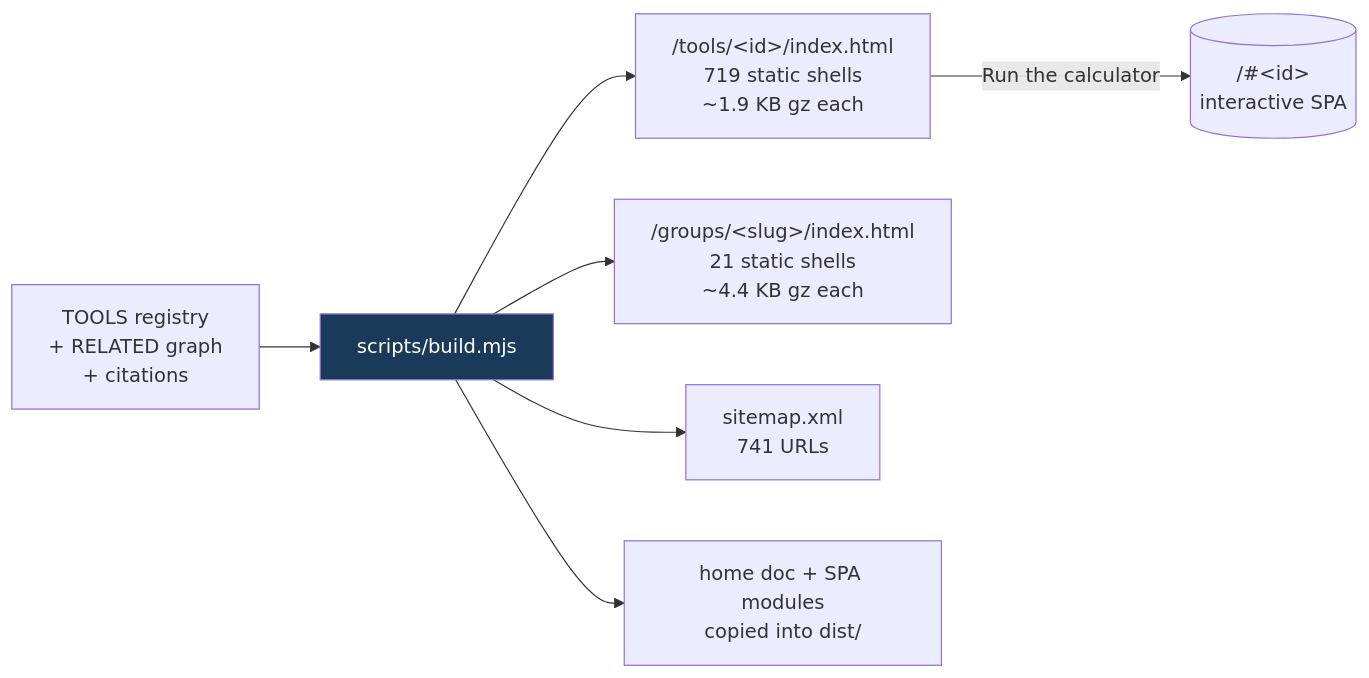
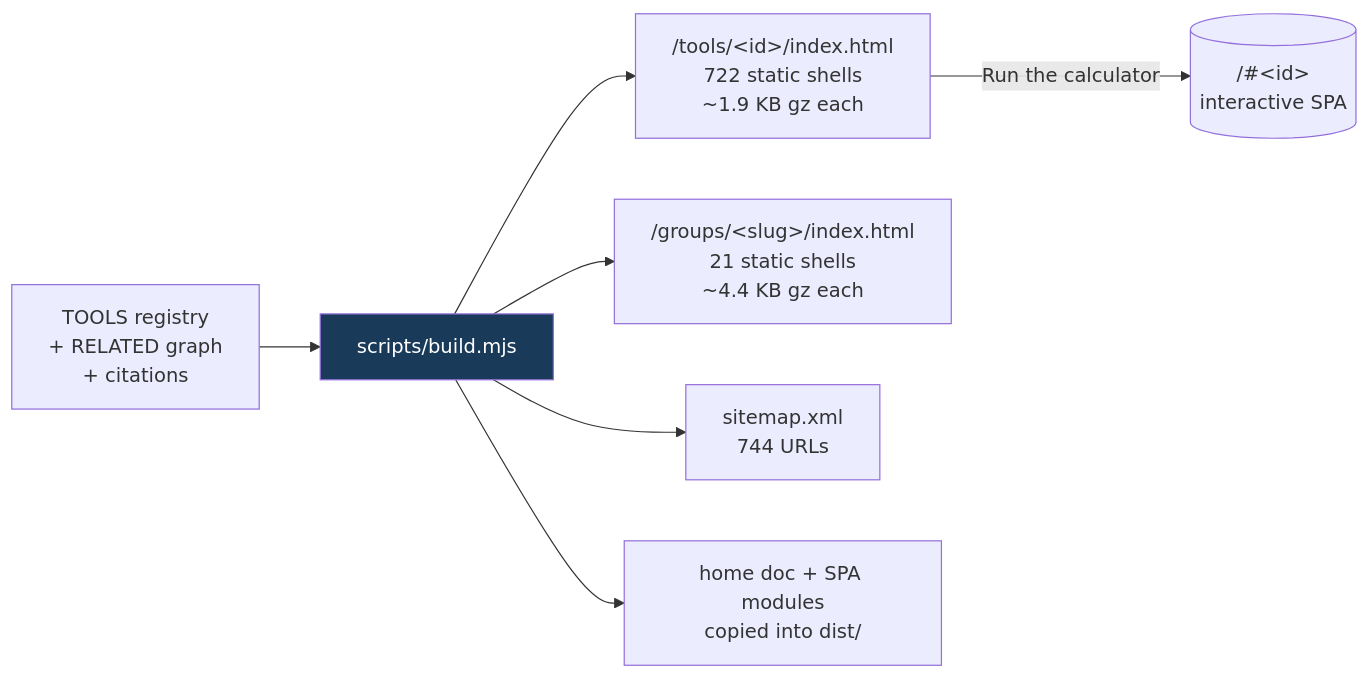
Before and after one commit to clay-good/roughlogic.com: the fifth of 8 diagrams in README.md, drawn with Mermaid. The commit also changed other lines of this file and 18 other files, not shown here.

````diff
--- a/README.md
+++ b/README.md
@@ -495,10 +495,10 @@
 ```mermaid
 flowchart LR
     SRC[TOOLS registry\n+ RELATED graph\n+ citations] --> BUILD[scripts/build.mjs]
-    BUILD --> TILE["/tools/&lt;id&gt;/index.html\n719 static shells\n~1.9 KB gz each"]
+    BUILD --> TILE["/tools/&lt;id&gt;/index.html\n722 static shells\n~1.9 KB gz each"]
     BUILD --> GROUP["/groups/&lt;slug&gt;/index.html\n21 static shells\n~4.4 KB gz each"]
-    BUILD --> MAP["sitemap.xml\n741 URLs"]
+    BUILD --> MAP["sitemap.xml\n744 URLs"]
     BUILD --> COPY[home doc + SPA modules\ncopied into dist/]
     TILE -->|Run the calculator| SPA[("/#&lt;id&gt;\ninteractive SPA")]
     style BUILD fill:#1a3a5a,color:#fff
 ```
````
